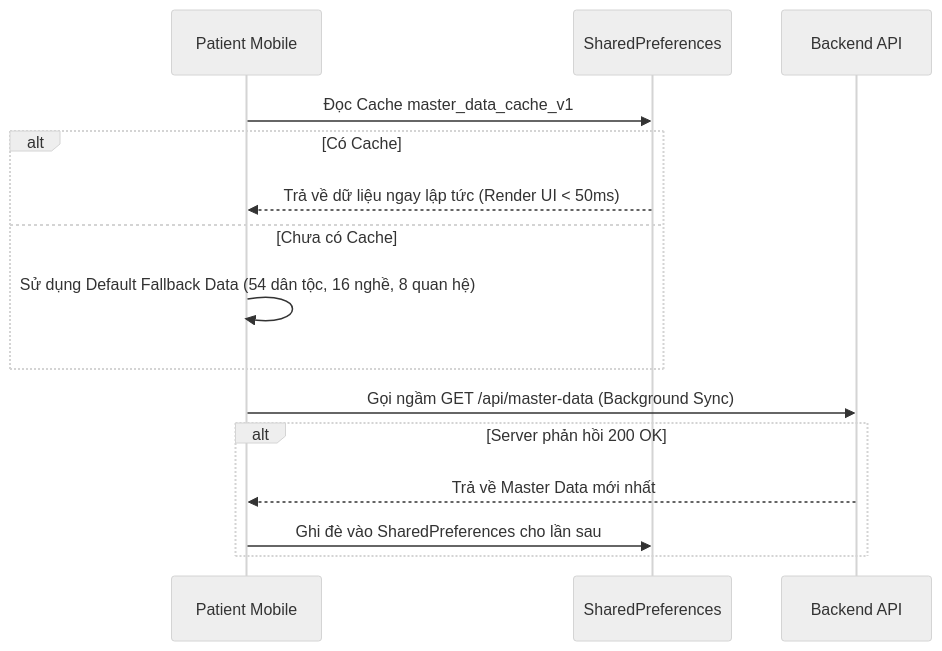
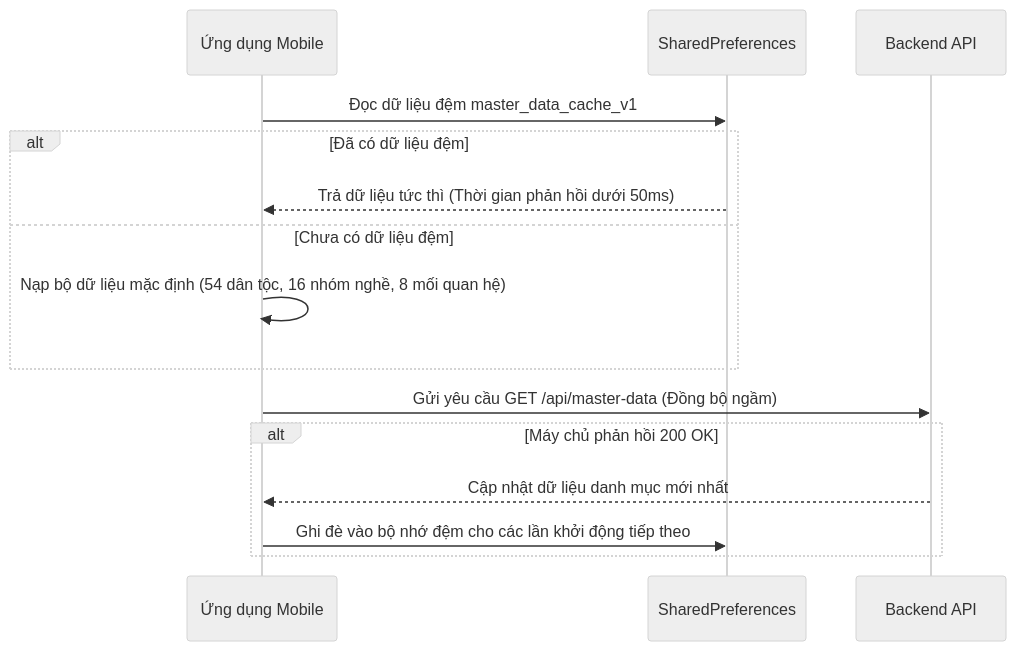
The first of 3 diagrams in patient_mobile/PATIENT_MOBILE_ARCHITECTURE_AND_LOGIC.md (DangDuyLoi/Clinic_Management), drawn with Mermaid (neutral theme) before and after one commit. The commit also changed other lines of this file and 3 other files, not shown here.

Commit message:
docs(patient_mobile): cap nhat huong dan su dung, danh sach tai khoan kiem thu va dac ta kien truc logic

````diff
--- a/patient_mobile/PATIENT_MOBILE_ARCHITECTURE_AND_LOGIC.md
+++ b/patient_mobile/PATIENT_MOBILE_ARCHITECTURE_AND_LOGIC.md
@@ -209,17 +345,17 @@
 ```mermaid
 sequenceDiagram
-    participant App as Patient Mobile
+    participant App as Ứng dụng Mobile
     participant Local as SharedPreferences
     participant Server as Backend API
-    App->>Local: Đọc Cache master_data_cache_v1
-    alt Có Cache
-        Local-->>App: Trả về dữ liệu ngay lập tức (Render UI < 50ms)
-    else Chưa có Cache
-        App->>App: Sử dụng Default Fallback Data (54 dân tộc, 16 nghề, 8 quan hệ)
+    App->>Local: Đọc dữ liệu đệm master_data_cache_v1
+    alt Đã có dữ liệu đệm
+        Local-->>App: Trả dữ liệu tức thì (Thời gian phản hồi dưới 50ms)
+    else Chưa có dữ liệu đệm
+        App->>App: Nạp bộ dữ liệu mặc định (54 dân tộc, 16 nhóm nghề, 8 mối quan hệ)
     end
-    App->>Server: Gọi ngầm GET /api/master-data (Background Sync)
-    alt Server phản hồi 200 OK
-        Server-->>App: Trả về Master Data mới nhất
-        App->>Local: Ghi đè vào SharedPreferences cho lần sau
+    App->>Server: Gửi yêu cầu GET /api/master-data (Đồng bộ ngầm)
+    alt Máy chủ phản hồi 200 OK
+        Server-->>App: Cập nhật dữ liệu danh mục mới nhất
+        App->>Local: Ghi đè vào bộ nhớ đệm cho các lần khởi động tiếp theo
     end
 ```
````
